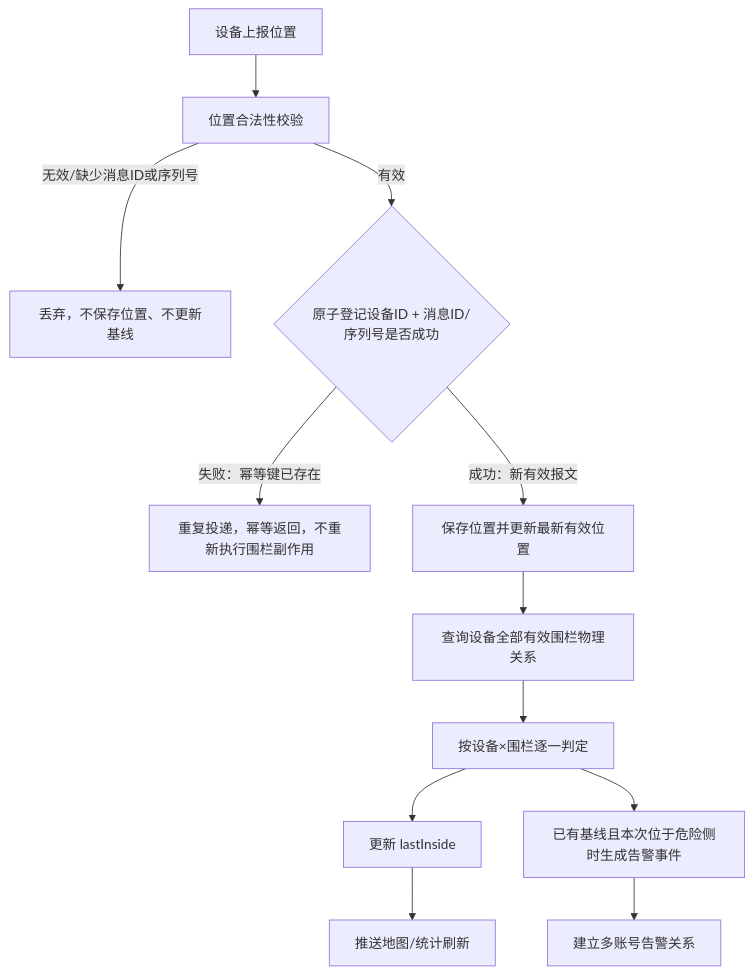
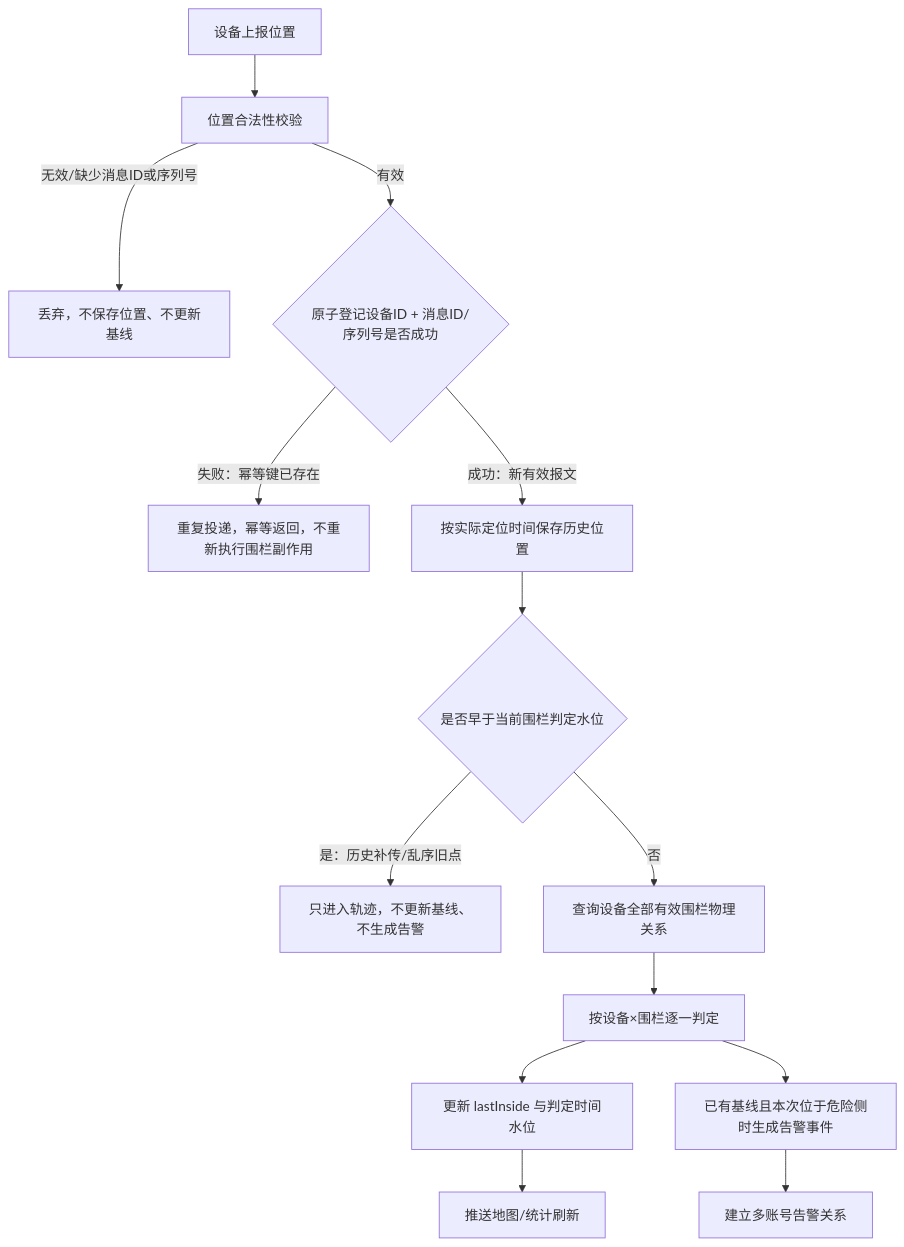
The ninth of 9 diagrams in docs/manuals/革泰/逻辑大纲/革泰 APP 地理围栏逻辑点梳理 plan.md (CuMgNa/skills), drawn with Mermaid before and after one commit. The commit also changed other lines of this file and 21 other files, not shown here.

````diff
--- a/docs/manuals/革泰/逻辑大纲/革泰 APP 地理围栏逻辑点梳理 plan.md
+++ b/docs/manuals/革泰/逻辑大纲/革泰 APP 地理围栏逻辑点梳理 plan.md
@@ -856,14 +871,16 @@
 ```mermaid
 flowchart TD
     A["设备上报位置"] --> B["位置合法性校验"]
     B -->|"无效/缺少消息ID或序列号"| C["丢弃，不保存位置、不更新基线"]
     B -->|"有效"| D{"原子登记设备ID + 消息ID/序列号是否成功"}
     D -->|"失败：幂等键已存在"| E["重复投递，幂等返回，不重新执行围栏副作用"]
-    D -->|"成功：新有效报文"| F["保存位置并更新最新有效位置"]
-    F --> G["查询设备全部有效围栏物理关系"]
-    G --> H["按设备×围栏逐一判定"]
-    H --> I["更新 lastInside"]
-    H --> J["已有基线且本次位于危险侧时生成告警事件"]
-    J --> K["建立多账号告警关系"]
-    I --> L["推送地图/统计刷新"]
+    D -->|"成功：新有效报文"| F["按实际定位时间保存历史位置"]
+    F --> G{"是否早于当前围栏判定水位"}
+    G -->|"是：历史补传/乱序旧点"| H["只进入轨迹，不更新基线、不生成告警"]
+    G -->|"否"| I["查询设备全部有效围栏物理关系"]
+    I --> J["按设备×围栏逐一判定"]
+    J --> K["更新 lastInside 与判定时间水位"]
+    J --> L["已有基线且本次位于危险侧时生成告警事件"]
+    L --> M["建立多账号告警关系"]
+    K --> N["推送地图/统计刷新"]
 ```
````
